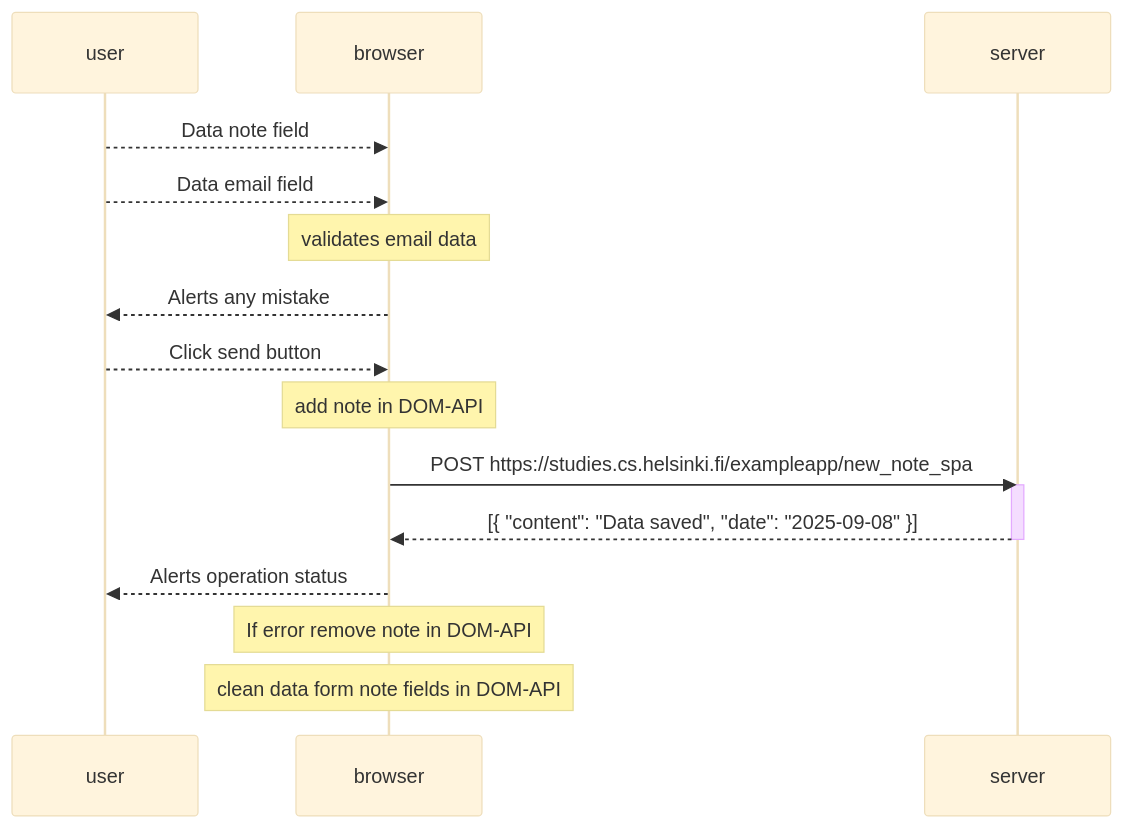
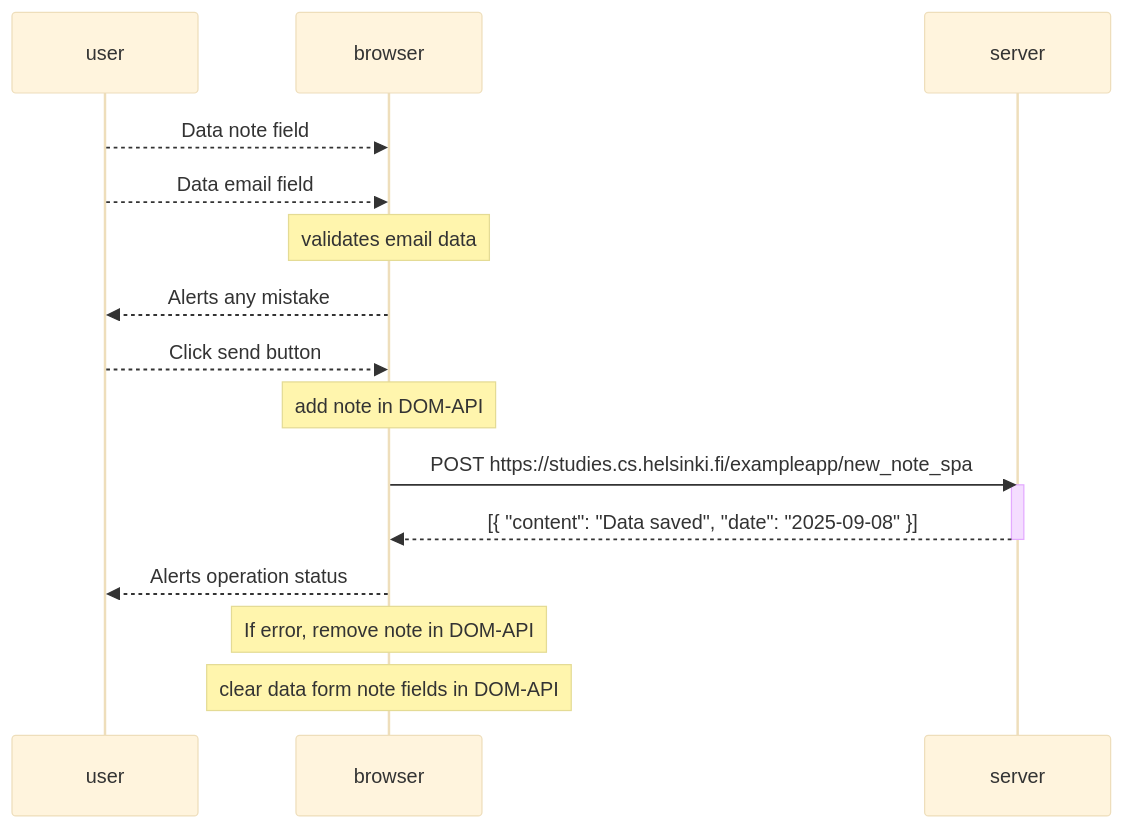
One commit to renecrapaud/frontEnd-bootcamp changed the diagram in secuenceDiagramNewNoteSPA.md. Above: the diagram before and after it, drawn with Mermaid (base theme).

Commit message:
Markdown file with sequence diagram to new note flow in SPA.

````diff
--- a/secuenceDiagramNewNoteSPA.md
+++ b/secuenceDiagramNewNoteSPA.md
@@ -1,22 +1,22 @@
 ```mermaid
     sequenceDiagram
         participant user
         participant browser
         participant server
 
         user-->>browser: Data note field
         user-->>browser: Data email field
         Note over browser: validates email data 
         browser-->>user: Alerts any mistake
         user-->>browser: Click send button
         Note over browser: add note in DOM-API
 
         browser->>server: POST https://studies.cs.helsinki.fi/exampleapp/new_note_spa
         activate server
         server-->>browser: [{ "content": "Data saved", "date": "2025-09-08" }]
         deactivate server
 
         browser-->>user: Alerts operation status
-        Note over browser: If error remove note in DOM-API
-        Note over browser: clean data form note fields in DOM-API
+        Note over browser: If error, remove note in DOM-API
+        Note over browser: clear data form note fields in DOM-API
 ```
````
